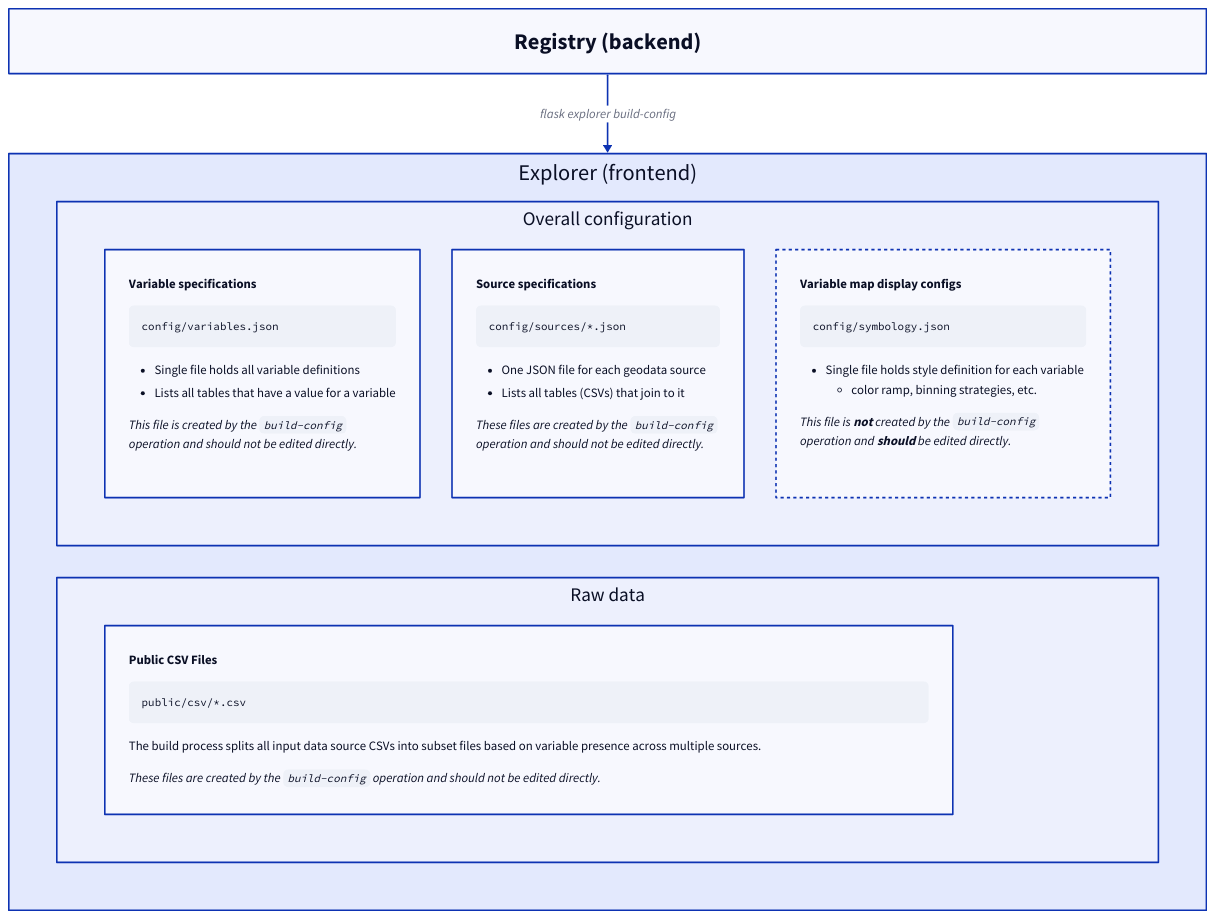
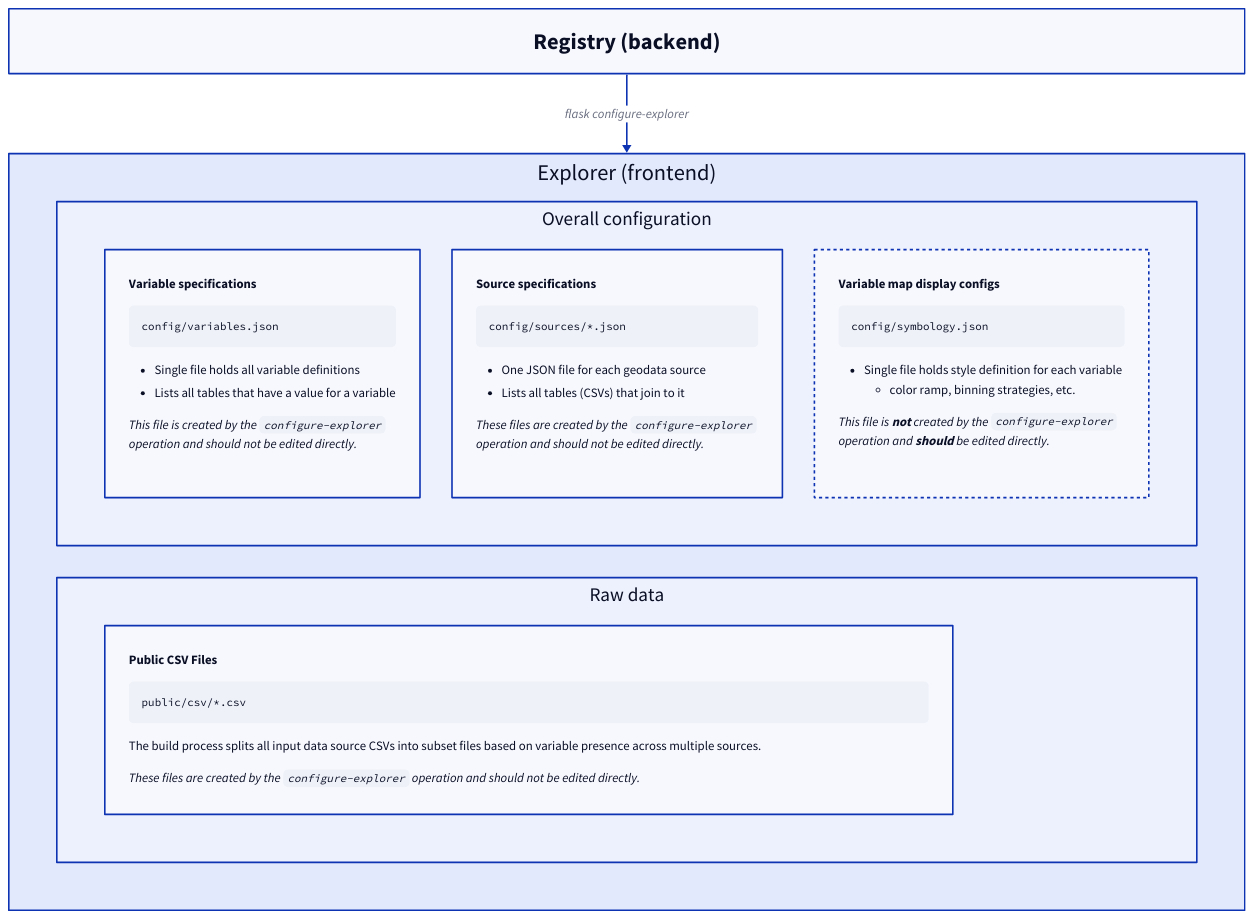
The diagram in docs/img/explorer-build-process.d2 (healthyregions/oeps), drawn with D2 before and after one commit. The commit also changed 16 other files, not shown here.

````diff
--- a/docs/img/explorer-build-process.d2
+++ b/docs/img/explorer-build-process.d2
@@ -1,95 +1,95 @@
 grid-rows: 2
 grid-gap: 100
 
 classes {
   config-item: {
     height: 250
   }
 }
 
 r: Registry (backend) {
   grid-rows: 1
   grid-columns: 3
 }
 e: Explorer (frontend) {
   grid-rows: 2
 }
 
-r -> e: flask explorer build-config
+r -> e: flask configure-explorer
 
 e.c: Overall configuration {
   grid-columns: 3
 }
 e.c.v: ""
 e.c.v.text: |md
 **Variable specifications**
 
 ```
 config/variables.json
 ```
 
 - Single file holds all variable definitions
 - Lists all tables that have a value for a variable
 
-*This file is created by the `build-config`\
+*This file is created by the `configure-explorer`\
 operation and should not be edited directly.*
 | {
   class: config-item
 }
 e.c.s: ""
 e.c.s.text: |md
 **Source specifications**
 
 ```
 config/sources/*.json
 ```
 
 - One JSON file for each geodata source
 - Lists all tables (CSVs) that join to it
 
-*These files are created by the `build-config`\
+*These files are created by the `configure-explorer`\
 operation and should not be edited directly.*
 | {
   class: config-item
 }
 e.c.sym: "" {
   style: {
     stroke-dash: 2
   }
 }
 e.c.sym.text: |md
 **Variable map display configs**
 
 ```
 config/symbology.json
 ```
 
 - Single file holds style definition for each variable
   - color ramp, binning strategies, etc.
 
-*This file is **not** created by the `build-config`\
+*This file is **not** created by the `configure-explorer`\
 operation and **should** be edited directly.*
 | {
   class: config-item
 }
 
 e.p: Raw data {
   grid-columns: 1
 }
 e.p.csv: ""
 e.p.csv.text: |md
   **Public CSV Files**
 
   ```
   public/csv/*.csv
   ```
 
   The build process splits all input data source CSVs into subset files based on variable
   presence across multiple sources.
 
-  *These files are created by the `build-config`
+  *These files are created by the `configure-explorer`
   operation and should not be edited directly.*
 | {
   height: 120
   width: 1000
 }
````
